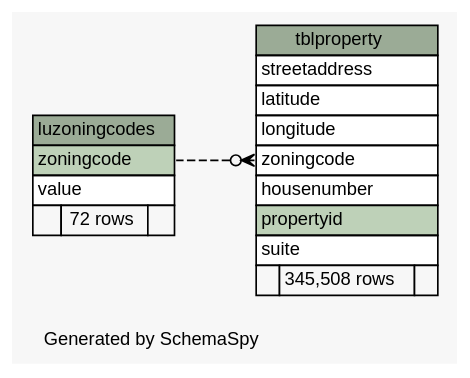
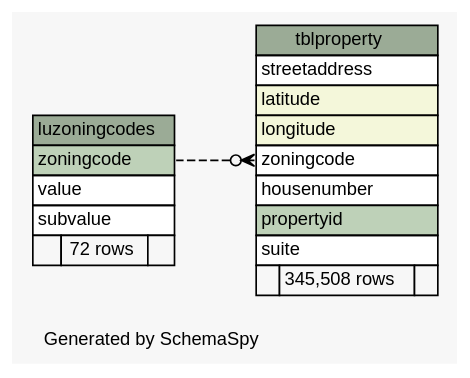
Before and after one commit to sehoven/aays401: the diagram in docs/databaseDoc/diagrams/summary/relationships.implied.large.dot, drawn with Graphviz. The commit also changed 24 other files, not shown here.

```diff
--- a/docs/databaseDoc/diagrams/summary/relationships.implied.large.dot
+++ b/docs/databaseDoc/diagrams/summary/relationships.implied.large.dot
@@ -1,50 +1,51 @@
 // dot 2.40.1 on Mac OS X 10.10.5
 // SchemaSpy rev 590
 digraph "largeImpliedRelationshipsDiagram" {
   graph [
     rankdir="RL"
     bgcolor="#f7f7f7"
     label="\nGenerated by SchemaSpy"
     labeljust="l"
     nodesep="0.18"
     ranksep="0.46"
     fontname="Helvetica"
     fontsize="11"
   ];
   node [
     fontname="Helvetica"
     fontsize="11"
     shape="plaintext"
   ];
   edge [
     arrowsize="0.8"
   ];
   "luzoningcodes" [
     label=<
     <TABLE BORDER="0" CELLBORDER="1" CELLSPACING="0" BGCOLOR="#ffffff">
       <TR><TD COLSPAN="3" BGCOLOR="#9bab96" ALIGN="CENTER">luzoningcodes</TD></TR>
       <TR><TD PORT="zoningcode" COLSPAN="3" BGCOLOR="#bed1b8" ALIGN="LEFT">zoningcode</TD></TR>
       <TR><TD PORT="value" COLSPAN="3" ALIGN="LEFT">value</TD></TR>
+      <TR><TD PORT="subvalue" COLSPAN="3" ALIGN="LEFT">subvalue</TD></TR>
       <TR><TD ALIGN="LEFT" BGCOLOR="#f7f7f7">  </TD><TD ALIGN="RIGHT" BGCOLOR="#f7f7f7">72 rows</TD><TD ALIGN="RIGHT" BGCOLOR="#f7f7f7">  </TD></TR>
     </TABLE>>
     URL="tables/luzoningcodes.html"
     tooltip="luzoningcodes"
   ];
   "tblproperty" [
     label=<
     <TABLE BORDER="0" CELLBORDER="1" CELLSPACING="0" BGCOLOR="#ffffff">
       <TR><TD COLSPAN="3" BGCOLOR="#9bab96" ALIGN="CENTER">tblproperty</TD></TR>
       <TR><TD PORT="streetaddress" COLSPAN="3" ALIGN="LEFT">streetaddress</TD></TR>
-      <TR><TD PORT="latitude" COLSPAN="3" ALIGN="LEFT">latitude</TD></TR>
-      <TR><TD PORT="longitude" COLSPAN="3" ALIGN="LEFT">longitude</TD></TR>
+      <TR><TD PORT="latitude" COLSPAN="3" BGCOLOR="#f4f7da" ALIGN="LEFT">latitude</TD></TR>
+      <TR><TD PORT="longitude" COLSPAN="3" BGCOLOR="#f4f7da" ALIGN="LEFT">longitude</TD></TR>
       <TR><TD PORT="zoningcode" COLSPAN="3" ALIGN="LEFT">zoningcode</TD></TR>
       <TR><TD PORT="housenumber" COLSPAN="3" ALIGN="LEFT">housenumber</TD></TR>
       <TR><TD PORT="propertyid" COLSPAN="3" BGCOLOR="#bed1b8" ALIGN="LEFT">propertyid</TD></TR>
       <TR><TD PORT="suite" COLSPAN="3" ALIGN="LEFT">suite</TD></TR>
       <TR><TD ALIGN="LEFT" BGCOLOR="#f7f7f7">  </TD><TD ALIGN="RIGHT" BGCOLOR="#f7f7f7">345,508 rows</TD><TD ALIGN="RIGHT" BGCOLOR="#f7f7f7">  </TD></TR>
     </TABLE>>
     URL="tables/tblproperty.html"
     tooltip="tblproperty"
   ];
   "tblproperty":"zoningcode":w -> "luzoningcodes":"zoningcode":e [arrowhead=none dir=back arrowtail=crowodot style=dashed];
 }
```
